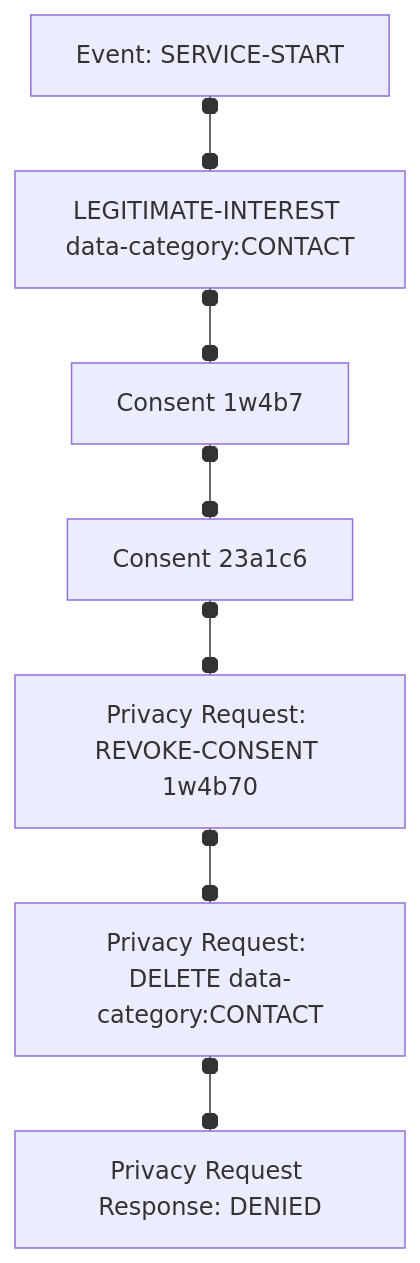
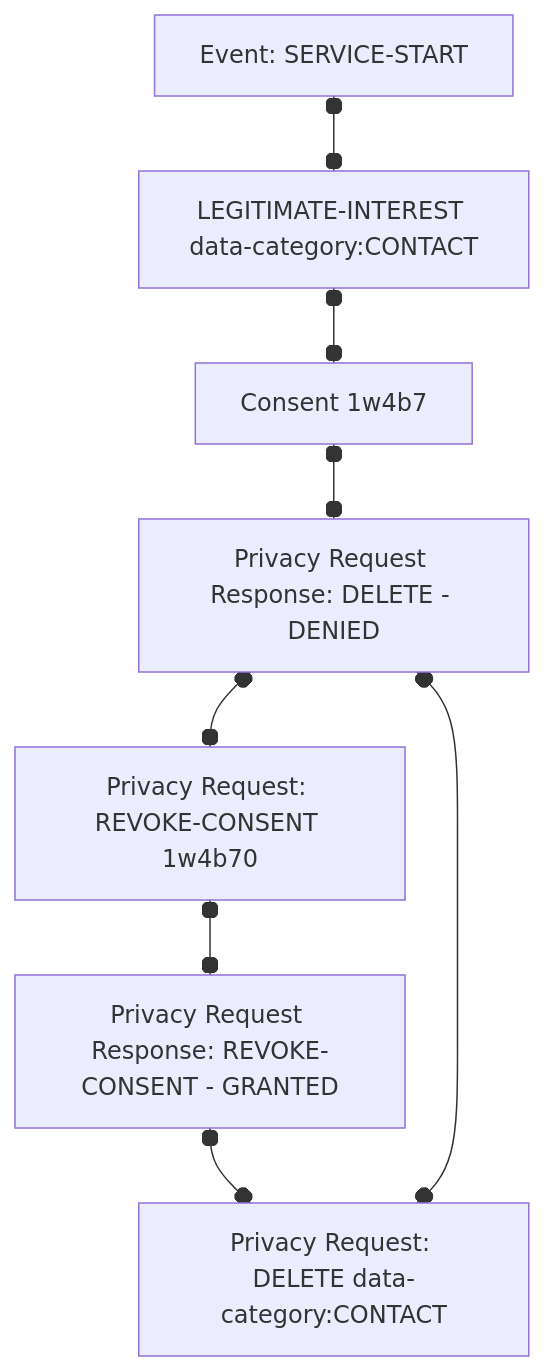
The diagram in docs/use-cases/insurance.md (blindnet-io/devrel-management), drawn with Mermaid before and after one commit. The commit also changed other lines of this file, not shown here.

````diff
--- a/docs/use-cases/insurance.md
+++ b/docs/use-cases/insurance.md
@@ -49,5 +49,4 @@
 ```mermaid
 flowchart TD
-        A[Event: SERVICE-START] o--o C[LEGITIMATE-INTEREST data-category:CONTACT] o--o D[Consent 1w4b7] o--o E[Consent 23a1c6] o--o F[Privacy Request: REVOKE-CONSENT 1w4b70] o--o G[Privacy Request: DELETE data-category:CONTACT] o--o H[Privacy Request Response: DENIED]
-
+        A[Event: SERVICE-START] o--o C[LEGITIMATE-INTEREST data-category:CONTACT] o--o D[Consent 1w4b7] o--o E[Consent 23a1c6] o--o F[Privacy Request: REVOKE-CONSENT 1w4b70] o--o G[Privacy Request Response: REVOKE-CONSENT - GRANTED] o--o H[Privacy Request: DELETE data-category:CONTACT] o--o E[Privacy Request Response: DELETE - DENIED]
 ```
````
